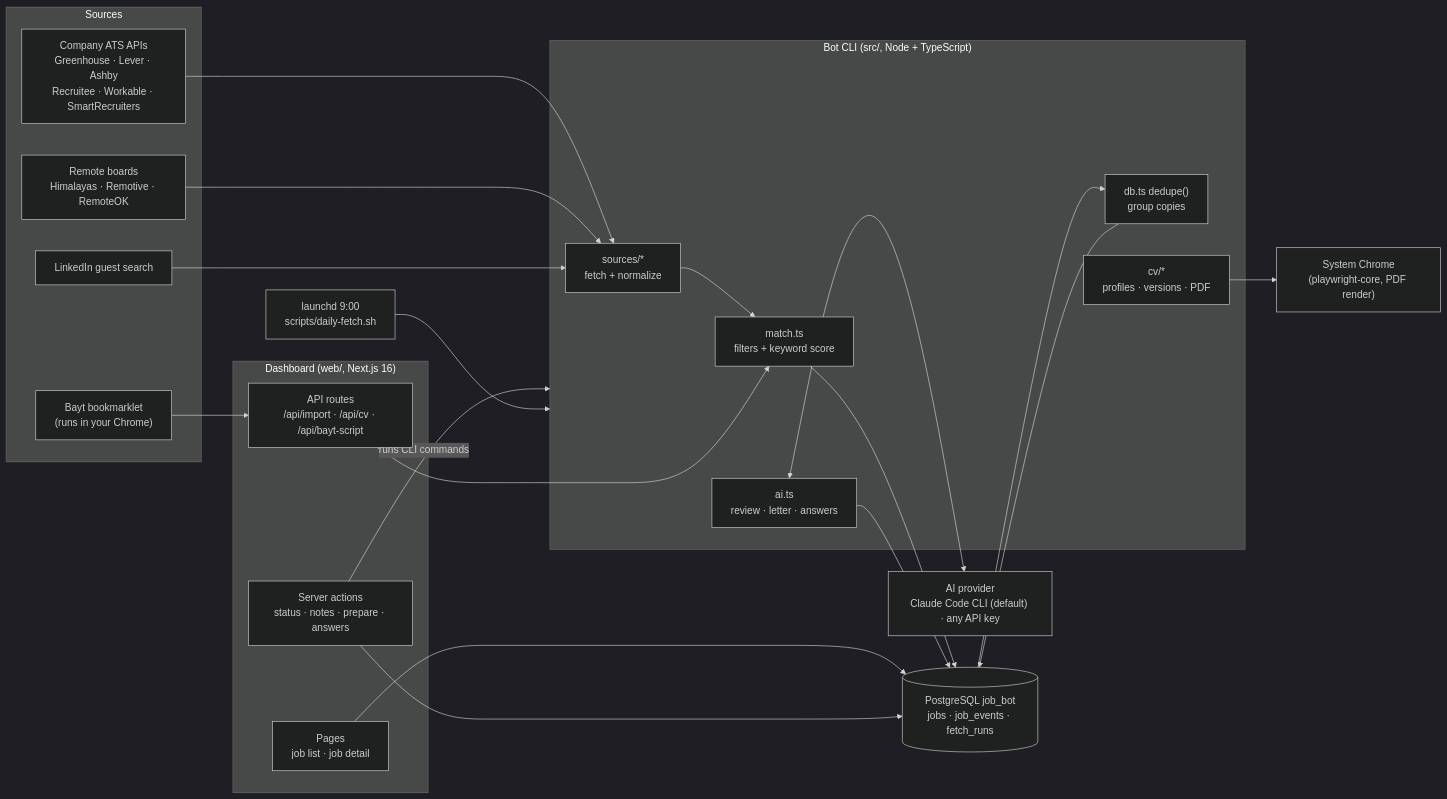
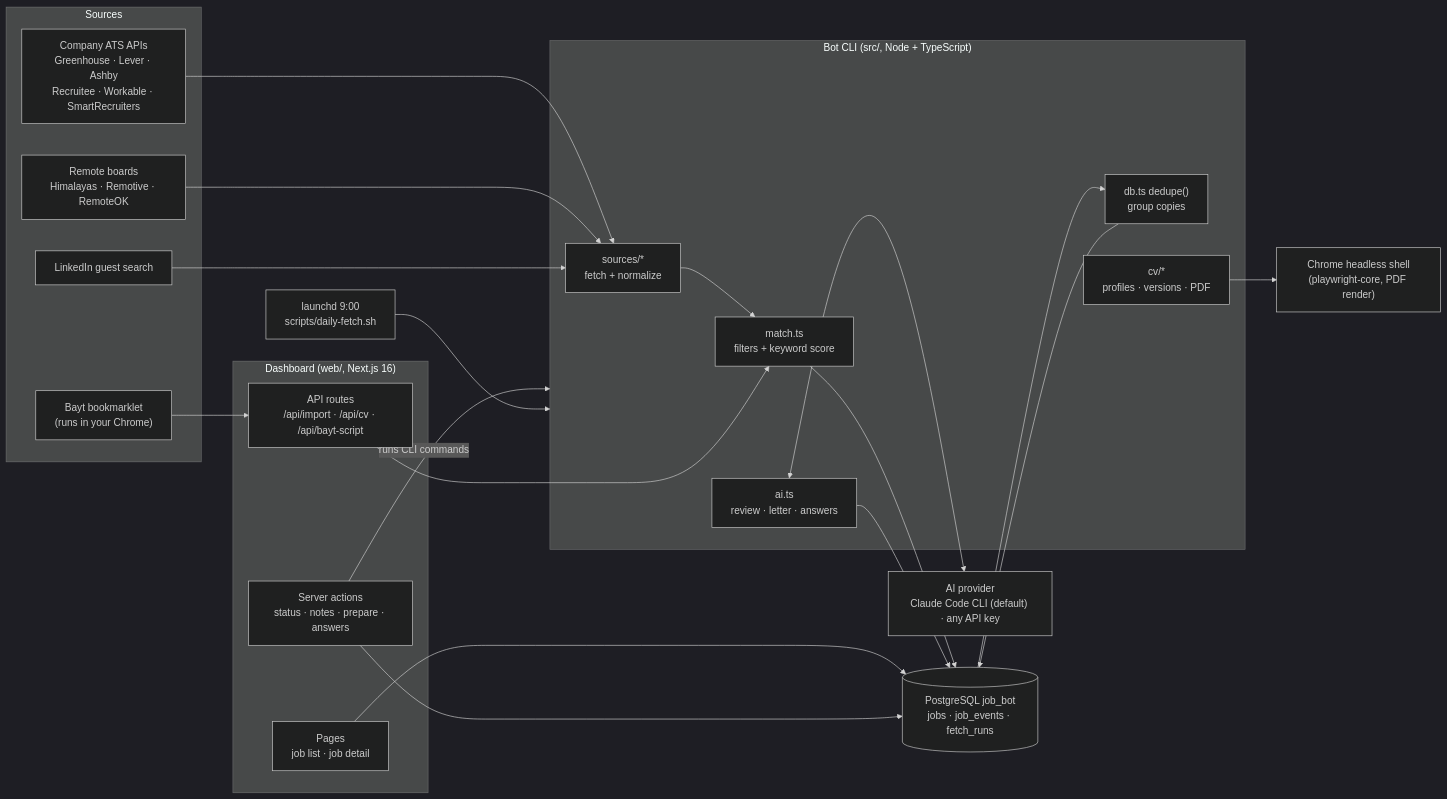
Before and after one commit to abdulrehmandar2234/job-bot: the diagram in README.md, drawn with Mermaid (dark theme). The commit also changed other lines of this file and 7 other files, not shown here.

First line of the commit message:
Print PDFs with the Chrome headless shell: no Dock icon for every PDF

````diff
--- a/README.md
+++ b/README.md
@@ -101,40 +101,40 @@
 ```mermaid
 flowchart LR
   subgraph Sources
     ATS["Company ATS APIs<br/>Greenhouse · Lever · Ashby<br/>Recruitee · Workable · SmartRecruiters"]
     Boards["Remote boards<br/>Himalayas · Remotive · RemoteOK"]
     LI["LinkedIn guest search"]
     Bayt["Bayt bookmarklet<br/>(runs in your Chrome)"]
   end
 
   subgraph Bot["Bot CLI (src/, Node + TypeScript)"]
     Fetch["sources/*<br/>fetch + normalize"]
     Match["match.ts<br/>filters + keyword score"]
     Dedupe["db.ts dedupe()<br/>group copies"]
     AI["ai.ts<br/>review · letter · answers"]
     CV["cv/*<br/>profiles · versions · PDF"]
   end
 
   DB[("PostgreSQL job_bot<br/>jobs · job_events · fetch_runs")]
   Claude["AI provider<br/>Claude Code CLI (default) · any API key"]
-  Chrome["System Chrome<br/>(playwright-core, PDF render)"]
+  Chrome["Chrome headless shell<br/>(playwright-core, PDF render)"]
 
   subgraph Web["Dashboard (web/, Next.js 16)"]
     Pages["Pages<br/>job list · job detail"]
     Actions["Server actions<br/>status · notes · prepare · answers"]
     API["API routes<br/>/api/import · /api/cv · /api/bayt-script"]
   end
 
   Launchd["launchd 9:00<br/>scripts/daily-fetch.sh"]
 
   ATS & Boards & LI --> Fetch --> Match --> DB
   Bayt --> API --> Match
   DB --> Dedupe --> DB
   AI <--> Claude
   AI --> DB
   CV --> Chrome
   Pages --> DB
   Actions --> DB
   Actions -- "runs CLI commands" --> Bot
   Launchd --> Bot
 ```
````
